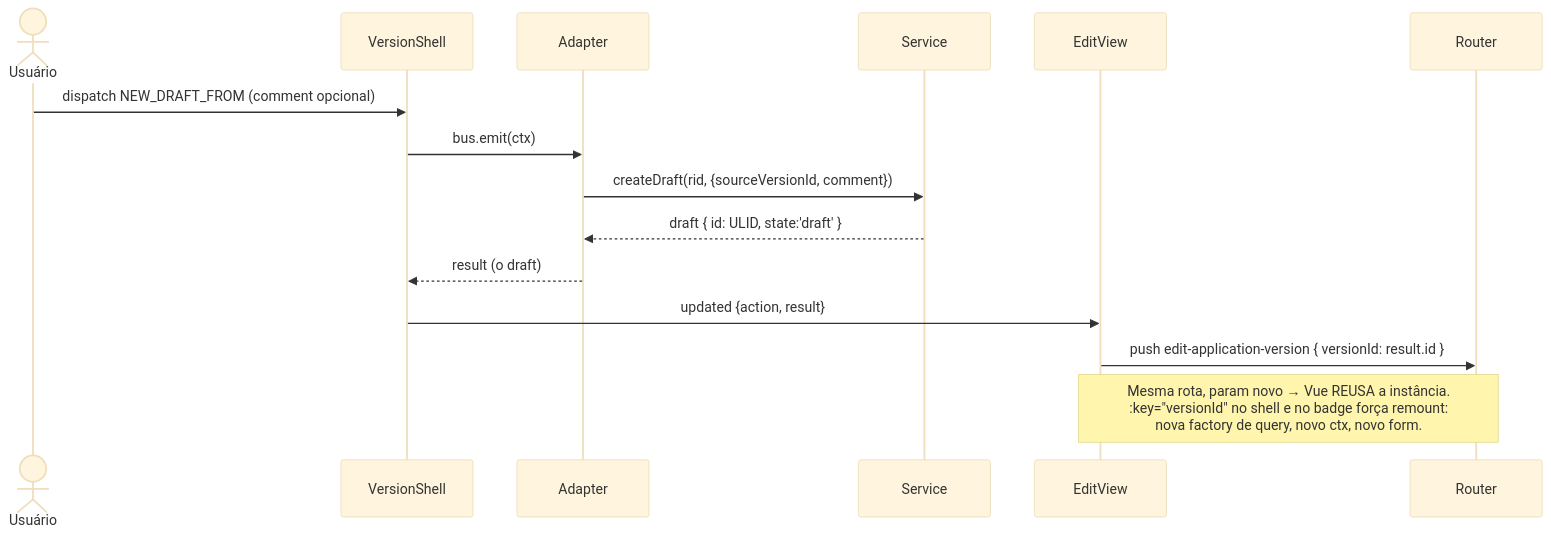
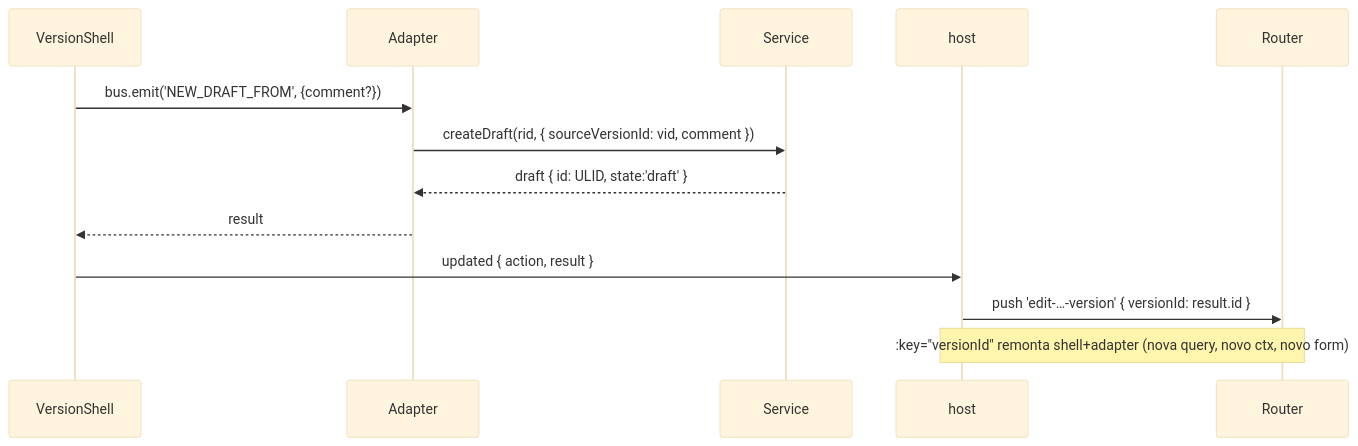
The seventh of 10 diagrams in docs/VERSION-SHELL.md (aziontech/azion-console-kit), drawn with Mermaid (base theme) before and after one commit. The commit also changed other lines of this file and 68 other files, not shown here.

````diff
--- a/docs/VERSION-SHELL.md
+++ b/docs/VERSION-SHELL.md
@@ -369,18 +1188,15 @@
 ```mermaid
 sequenceDiagram
-  actor U as Usuário
   participant SH as VersionShell
   participant AD as Adapter
   participant SV as Service
-  participant EV as EditView
+  participant H as host
   participant R as Router
-
-  U->>SH: dispatch NEW_DRAFT_FROM (comment opcional)
-  SH->>AD: bus.emit(ctx)
-  AD->>SV: createDraft(rid, {sourceVersionId, comment})
+  SH->>AD: bus.emit('NEW_DRAFT_FROM', {comment?})
+  AD->>SV: createDraft(rid, { sourceVersionId: vid, comment })
   SV-->>AD: draft { id: ULID, state:'draft' }
-  AD-->>SH: result (o draft)
-  SH->>EV: updated {action, result}
-  EV->>R: push edit-application-version { versionId: result.id }
-  Note over EV,R: Mesma rota, param novo → Vue REUSA a instância.<br/>:key="versionId" no shell e no badge força remount:<br/>nova factory de query, novo ctx, novo form.
+  AD-->>SH: result
+  SH->>H: updated { action, result }
+  H->>R: push 'edit-…-version' { versionId: result.id }
+  Note over H,R: :key="versionId" remonta shell+adapter (nova query, novo ctx, novo form)
 ```
````
